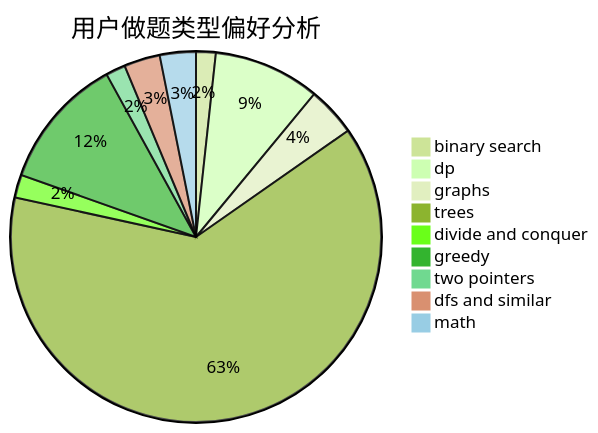
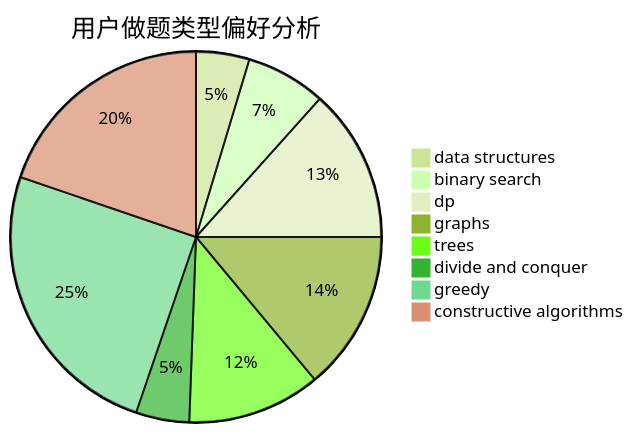
Before and after one commit to sherpahu/cfrs.github.io: the second of 3 diagrams in docs/user/u210.md, drawn with Mermaid (forest theme). The commit also changed other lines of this file and 2775 other files, not shown here.

````diff
--- a/docs/user/u210.md
+++ b/docs/user/u210.md
@@ -23,12 +23,11 @@
 ```mermaid
 pie title 用户做题类型偏好分析
+    "data structures" :  8
     "binary search" :  12
-    "dp" :  65
-    "graphs" :  30
-    "trees" :  442
-    "divide and conquer" :  14
-    "greedy" :  81
-    "two pointers" :  12
-    "dfs and similar" :  22
-    "math" :  22
+    "dp" :  23
+    "graphs" :  24
+    "trees" :  20
+    "divide and conquer" :  8
+    "greedy" :  43
+    "constructive algorithms" :  34
 ```
````
